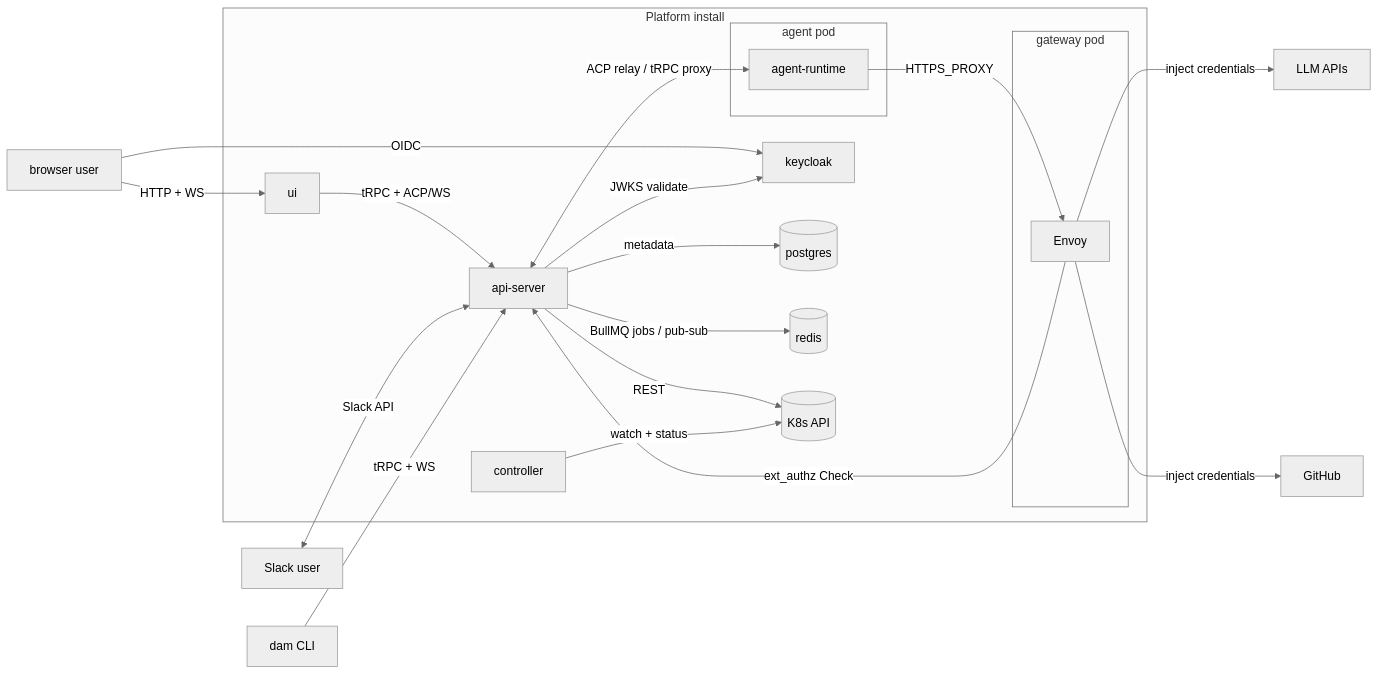
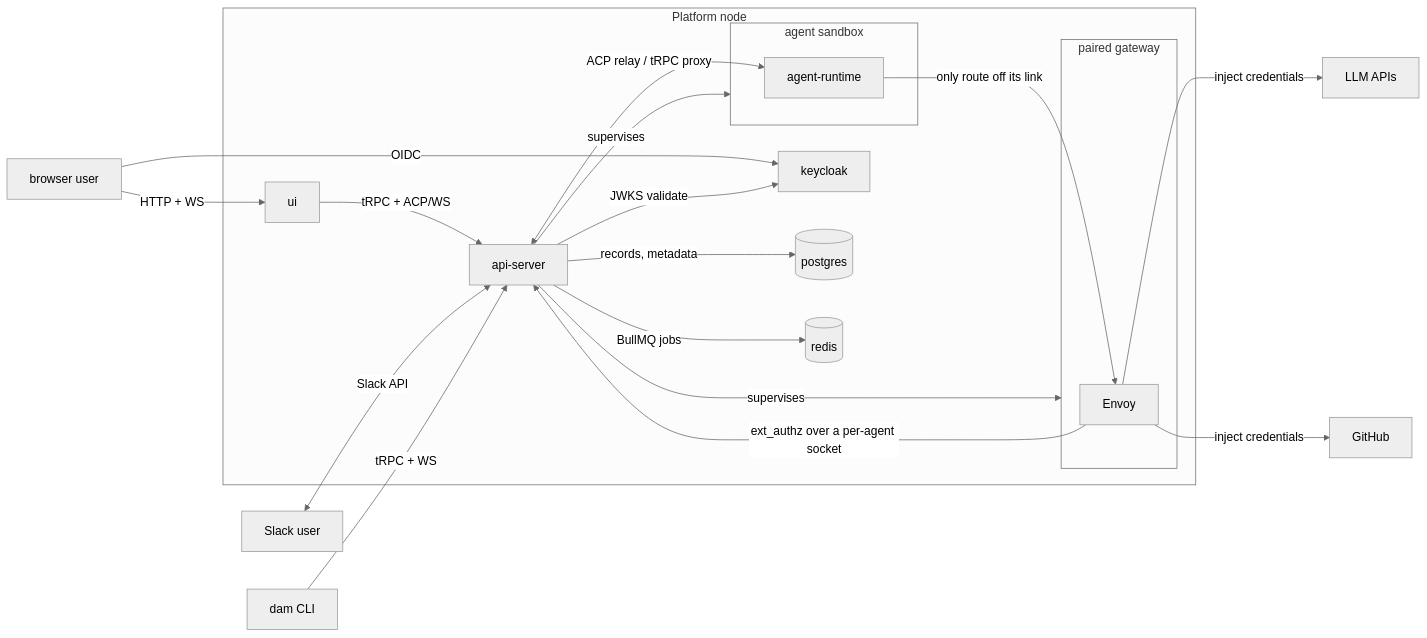
The diagram in docs/architecture.md (dam-agents/dam), drawn with Mermaid (neutral theme) before and after one commit. The commit also changed other lines of this file and 217 other files, not shown here.

First line of the commit message:
docs(architecture): describe the node, not the cluster

````diff
--- a/docs/architecture.md
+++ b/docs/architecture.md
@@ -7,45 +7,42 @@
 ```mermaid
 flowchart LR
   user[browser user]
   slack-user[Slack user]
   cli[dam CLI]
   llm[LLM APIs]
   github[GitHub]
 
-  subgraph cluster[Platform install]
+  subgraph node[Platform node]
     ui[ui]
     api-server[api-server]
-    controller[controller]
     keycloak[keycloak]
     postgres[(postgres)]
     redis[(redis)]
-    k8s-api[(K8s API)]
-    subgraph agentpod[agent pod]
+    subgraph sandbox[agent sandbox]
       agent-runtime
     end
-    subgraph gatewaypod[gateway pod]
+    subgraph gw[paired gateway]
       envoy[Envoy]
     end
   end
 
   user -->|HTTP + WS| ui
   ui -->|tRPC + ACP/WS| api-server
   user -->|OIDC| keycloak
 
   slack-user <-->|Slack API| api-server
 
   cli -->|tRPC + WS| api-server
 
   api-server <-->|ACP relay / tRPC proxy| agent-runtime
-  api-server -->|REST| k8s-api
   api-server -->|JWKS validate| keycloak
-  api-server -->|metadata| postgres
-  api-server -->|BullMQ jobs / pub-sub| redis
+  api-server -->|records, metadata| postgres
+  api-server -->|BullMQ jobs| redis
+  api-server -->|supervises| sandbox
+  api-server -->|supervises| gw
 
-  controller -->|watch + status| k8s-api
-
-  agent-runtime -->|HTTPS_PROXY| envoy
-  envoy -->|ext_authz Check| api-server
+  agent-runtime -->|only route off its link| envoy
+  envoy -->|ext_authz over a per-agent socket| api-server
   envoy -->|inject credentials| llm
   envoy -->|inject credentials| github
 ```
````
